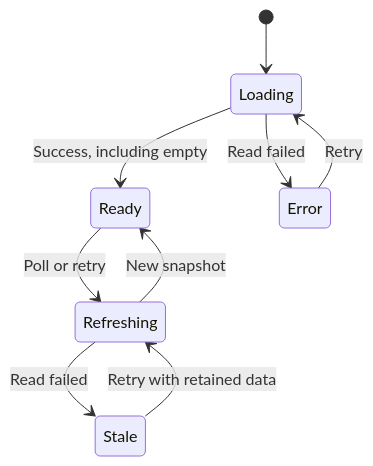
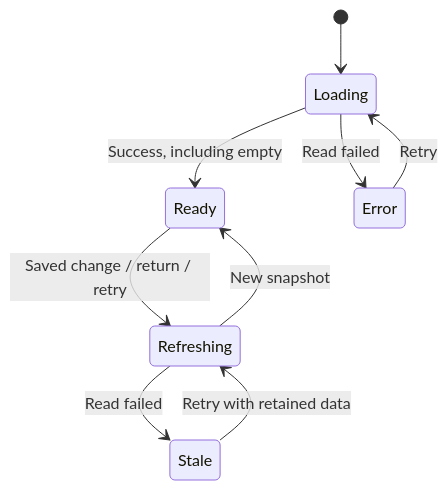
One commit to OussemaJaouadi/DoomGauge changed the second of 2 diagrams in .spec/doom-gauge-v1/design.md. Above: the diagram before and after it, drawn with Mermaid. The commit also changed other lines of this file and 33 other files, not shown here.

````diff
--- a/.spec/doom-gauge-v1/design.md
+++ b/.spec/doom-gauge-v1/design.md
@@ -72,11 +82,11 @@
 ```mermaid
 stateDiagram-v2
   [*] --> Loading
   Loading --> Ready: Success, including empty
   Loading --> Error: Read failed
   Error --> Loading: Retry
-  Ready --> Refreshing: Poll or retry
+  Ready --> Refreshing: Saved change / return / retry
   Refreshing --> Ready: New snapshot
   Refreshing --> Stale: Read failed
   Stale --> Refreshing: Retry with retained data
 ```
````
